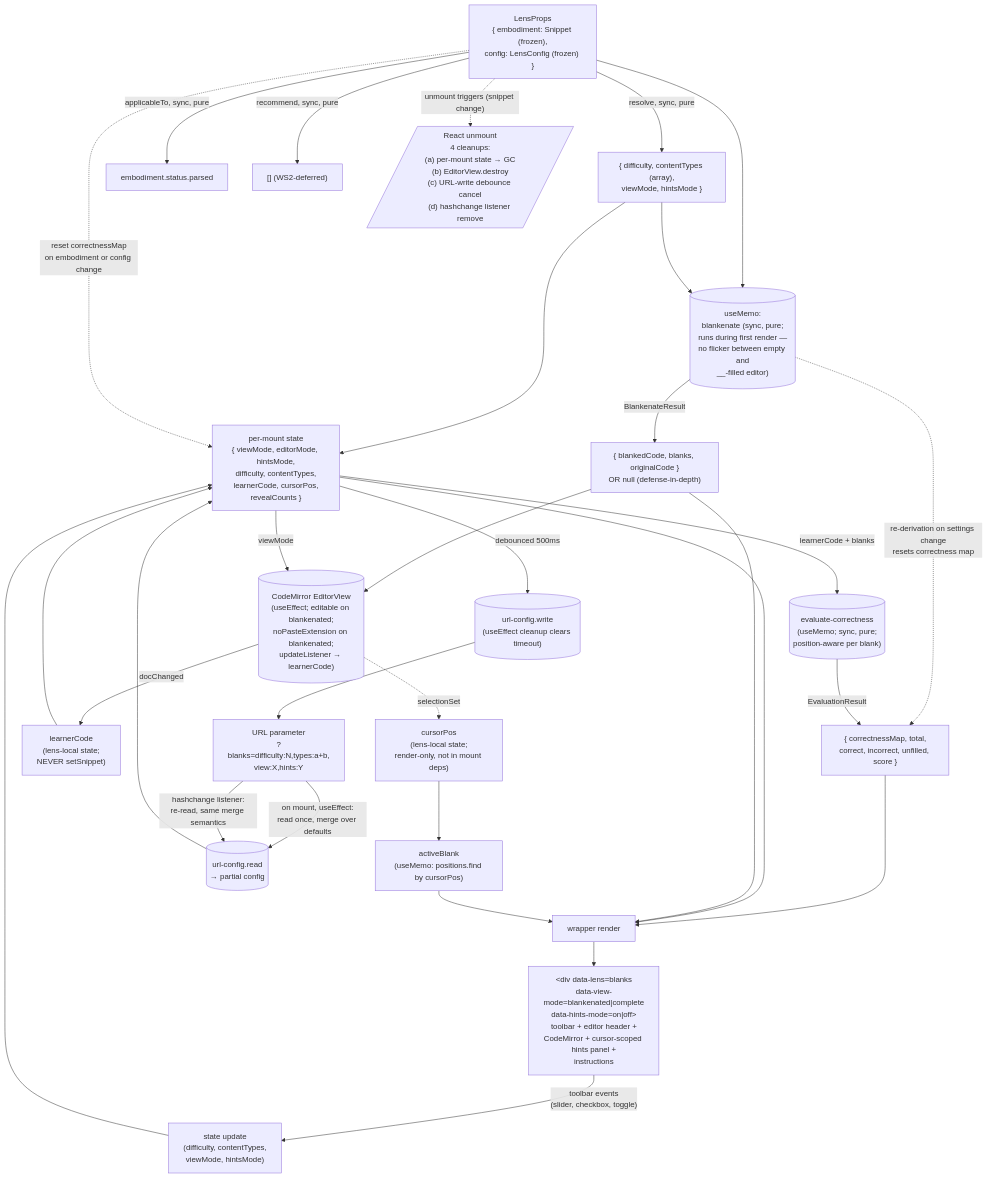
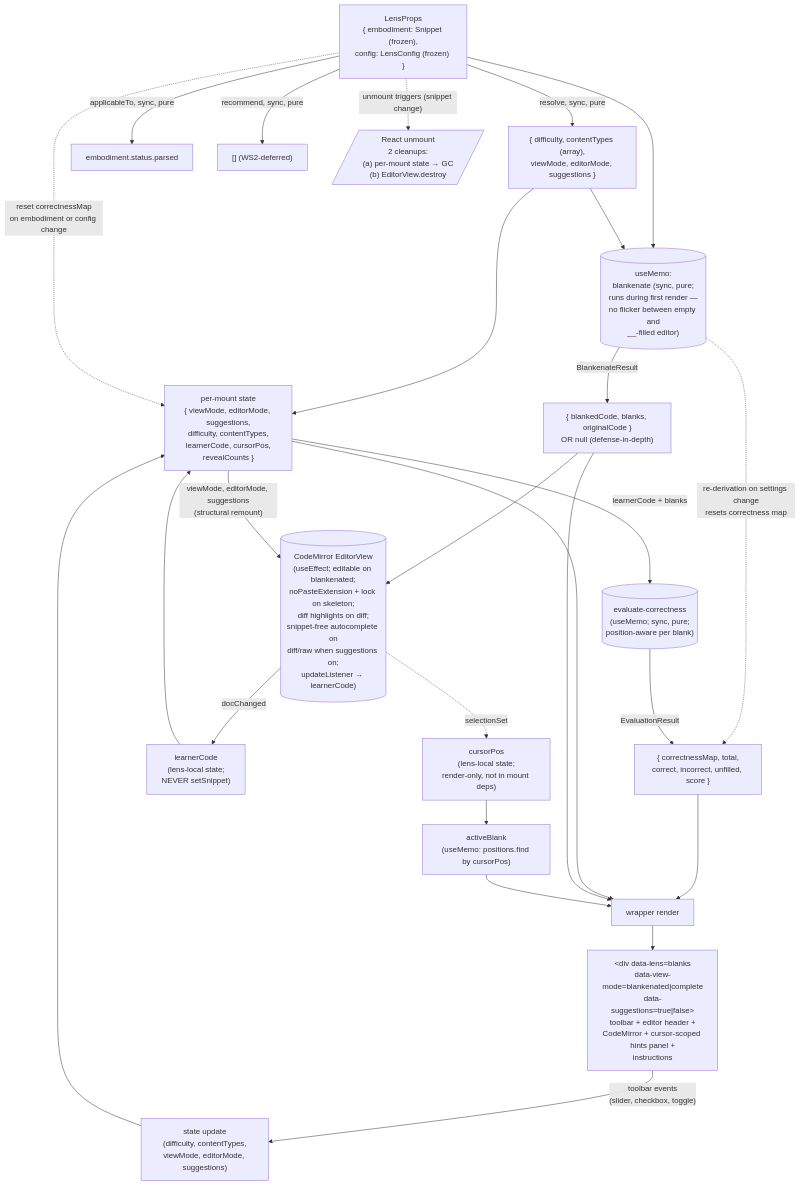
Before and after one commit to codeschoolinabox/curricula: the diagram in src/lib/just-enough/javascript/lenses/blanks/DOCS.md, drawn with Mermaid. The commit also changed other lines of this file and 10 other files, not shown here.

First line of the commit message:
refactor(blanks): unify help under `suggestions`; rename helpful->skeleton; positional hints; drop url-config

````diff
--- a/src/lib/just-enough/javascript/lenses/blanks/DOCS.md
+++ b/src/lib/just-enough/javascript/lenses/blanks/DOCS.md
@@ -191,48 +188,42 @@
 ```mermaid
 flowchart TD
     Props["LensProps<br/>{ embodiment: Snippet (frozen),<br/>config: LensConfig (frozen) }"]
 
-    Props -->|"resolve, sync, pure"| ResolvedConfig["{ difficulty, contentTypes (array),<br/>viewMode, hintsMode }"]
+    Props -->|"resolve, sync, pure"| ResolvedConfig["{ difficulty, contentTypes (array),<br/>viewMode, editorMode, suggestions }"]
     Props -->|"applicableTo, sync, pure"| Gate["embodiment.status.parsed"]
     Props -->|"recommend, sync, pure"| Recs["[] (WS2-deferred)"]
 
-    ResolvedConfig --> State["per-mount state<br/>{ viewMode, editorMode, hintsMode,<br/>difficulty, contentTypes,<br/>learnerCode, cursorPos,<br/>revealCounts }"]
+    ResolvedConfig --> State["per-mount state<br/>{ viewMode, editorMode, suggestions,<br/>difficulty, contentTypes,<br/>learnerCode, cursorPos,<br/>revealCounts }"]
 
     Props --> Memo
     ResolvedConfig --> Memo[("useMemo:<br/>blankenate (sync, pure;<br/>runs during first render —<br/>no flicker between empty and<br/>__-filled editor)")]
 
     Memo -->|"BlankenateResult"| Blanks["{ blankedCode, blanks, originalCode }<br/>OR null (defense-in-depth)"]
     Memo -.->|"re-derivation on settings change<br/>resets correctness map"| Correctness
 
     Blanks --> Editor
-    State -->|"viewMode"| Editor[("CodeMirror EditorView<br/>(useEffect; editable on blankenated;<br/>noPasteExtension on blankenated;<br/>updateListener → learnerCode)")]
+    State -->|"viewMode, editorMode, suggestions<br/>(structural remount)"| Editor[("CodeMirror EditorView<br/>(useEffect; editable on blankenated;<br/>noPasteExtension + lock on skeleton;<br/>diff highlights on diff;<br/>snippet-free autocomplete on<br/>diff/raw when suggestions on;<br/>updateListener → learnerCode)")]
 
     Editor -->|"docChanged"| LearnerCode["learnerCode<br/>(lens-local state;<br/>NEVER setSnippet)"]
     LearnerCode --> State
 
     State -->|"learnerCode + blanks"| Eval[("evaluate-correctness<br/>(useMemo; sync, pure;<br/>position-aware per blank)")]
     Eval -->|"EvaluationResult"| Correctness["{ correctnessMap, total,<br/>correct, incorrect, unfilled, score }"]
     Correctness --> Render
 
     Editor -.->|"selectionSet"| CursorPos["cursorPos<br/>(lens-local state;<br/>render-only, not in mount deps)"]
     CursorPos --> ActiveBlank["activeBlank<br/>(useMemo: positions.find by cursorPos)"]
 
     State --> Render["wrapper render"]
     Blanks --> Render
     ActiveBlank --> Render
 
-    Render --> DOM["&lt;div data-lens=blanks<br/>data-view-mode=blankenated|complete<br/>data-hints-mode=on|off&gt;<br/>toolbar + editor header +<br/>CodeMirror + cursor-scoped hints panel +<br/>instructions"]
+    Render --> DOM["&lt;div data-lens=blanks<br/>data-view-mode=blankenated|complete<br/>data-suggestions=true|false&gt;<br/>toolbar + editor header +<br/>CodeMirror + cursor-scoped hints panel +<br/>instructions"]
 
-    DOM -->|"toolbar events<br/>(slider, checkbox, toggle)"| ConfigUpdate["state update<br/>(difficulty, contentTypes,<br/>viewMode, hintsMode)"]
+    DOM -->|"toolbar events<br/>(slider, checkbox, toggle)"| ConfigUpdate["state update<br/>(difficulty, contentTypes,<br/>viewMode, editorMode, suggestions)"]
     ConfigUpdate --> State
-
-    State -->|"debounced 500ms"| URLWrite[("url-config.write<br/>(useEffect cleanup clears timeout)")]
-    URLWrite --> URL["URL parameter<br/>?blanks=difficulty:N,types:a+b,<br/>view:X,hints:Y"]
-    URL -->|"on mount, useEffect:<br/>read once, merge over defaults"| URLRead[("url-config.read<br/>→ partial config")]
-    URL -->|"hashchange listener:<br/>re-read, same merge semantics"| URLRead
-    URLRead --> State
 
     Props -.->|"reset correctnessMap<br/>on embodiment or config change"| State
 
-    Props -.->|"unmount triggers (snippet change)"| Unmount[/"React unmount<br/>4 cleanups:<br/>(a) per-mount state → GC<br/>(b) EditorView.destroy<br/>(c) URL-write debounce cancel<br/>(d) hashchange listener remove"/]
+    Props -.->|"unmount triggers (snippet change)"| Unmount[/"React unmount<br/>2 cleanups:<br/>(a) per-mount state → GC<br/>(b) EditorView.destroy"/]
 ```
````
